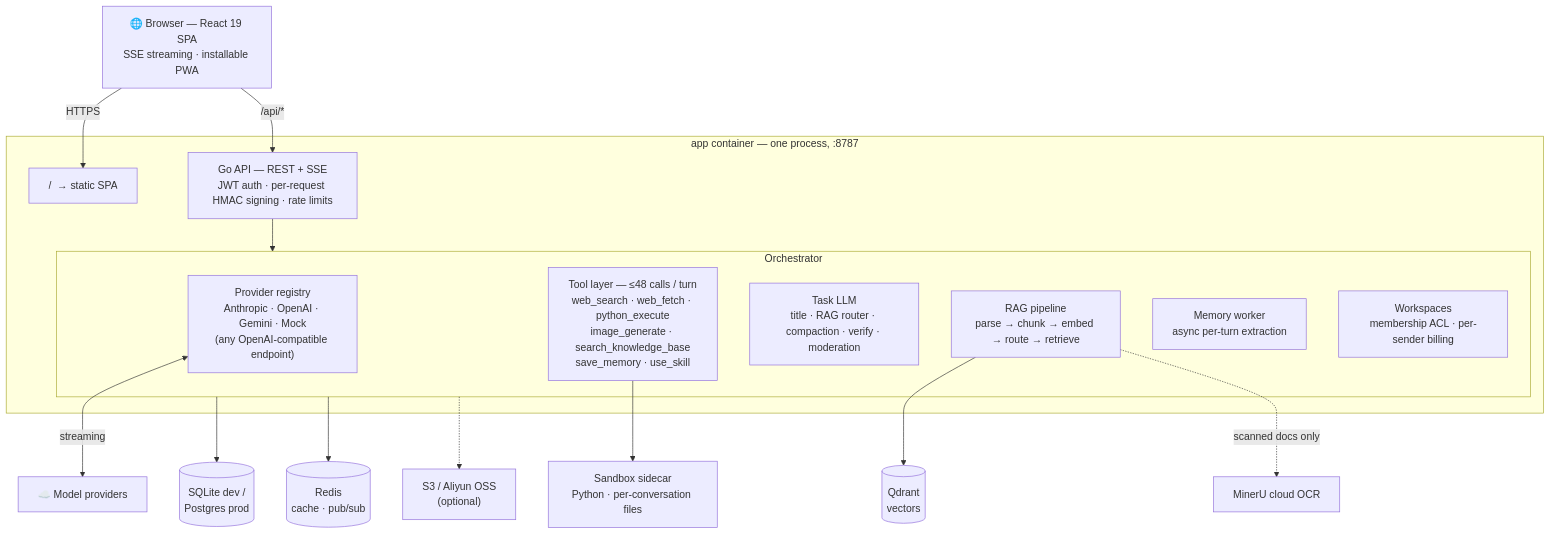
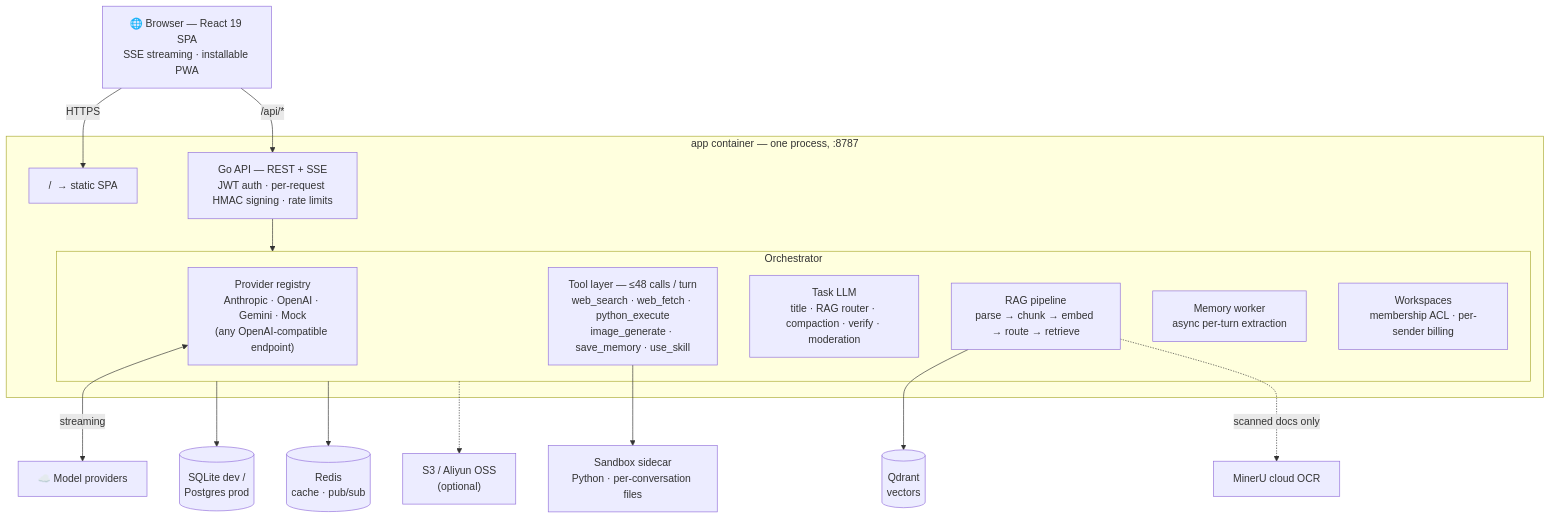
The diagram in README.md (hjxwz123/Aivory), drawn with Mermaid before and after one commit. The commit also changed other lines of this file and 46 other files, not shown here.

````diff
--- a/README.md
+++ b/README.md
@@ -263,30 +262,30 @@
 ```mermaid
 graph TB
     B["🌐 Browser — React 19 SPA<br/>SSE streaming · installable PWA"]
 
     subgraph APP["app container — one process, :8787"]
         SPA["/ &nbsp;→ static SPA"]
         API["Go API — REST + SSE<br/>JWT auth · per-request HMAC signing · rate limits"]
         subgraph ORCH["Orchestrator"]
             PROV["Provider registry<br/>Anthropic · OpenAI · Gemini · Mock<br/>(any OpenAI-compatible endpoint)"]
-            TOOLS["Tool layer — ≤48 calls / turn<br/>web_search · web_fetch · python_execute<br/>image_generate · search_knowledge_base<br/>save_memory · use_skill"]
+            TOOLS["Tool layer — ≤48 calls / turn<br/>web_search · web_fetch · python_execute<br/>image_generate · save_memory · use_skill"]
             TASK["Task LLM<br/>title · RAG router · compaction · verify · moderation"]
             RAGP["RAG pipeline<br/>parse → chunk → embed → route → retrieve"]
             MEMW["Memory worker<br/>async per-turn extraction"]
             WS["Workspaces<br/>membership ACL · per-sender billing"]
         end
     end
 
     B -->|HTTPS| SPA
     B -->|"/api/*"| API
     API --> ORCH
 
     PROV <-->|streaming| LLM["☁️ Model providers"]
     TOOLS --> SBX["Sandbox sidecar<br/>Python · per-conversation files"]
     RAGP --> QD[("Qdrant<br/>vectors")]
     RAGP -.->|"scanned docs only"| MRU["MinerU cloud OCR"]
 
     ORCH --> DB[("SQLite dev /<br/>Postgres prod")]
     ORCH --> RDS[("Redis<br/>cache · pub/sub")]
     ORCH -.-> OBJ["S3 / Aliyun OSS<br/>(optional)"]
 ```
````
